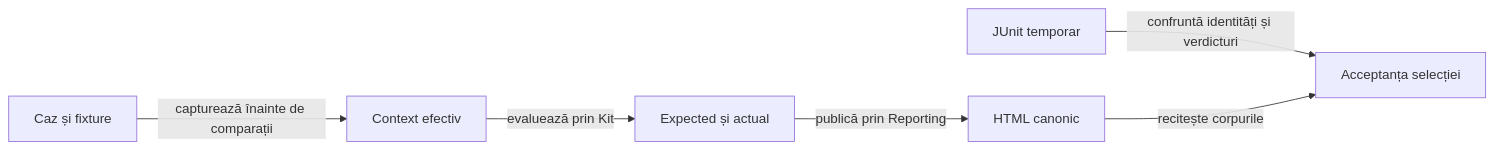
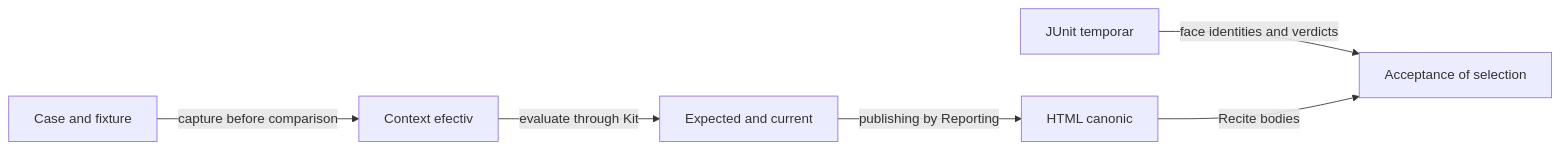
One commit to crististefanita/atf_j4 changed the diagram in whist-lab-app/test-audit/README.md. Above: the diagram before and after it, drawn with Mermaid. The commit also changed other lines of this file and 122 other files, not shown here.

````diff
--- a/whist-lab-app/test-audit/README.md
+++ b/whist-lab-app/test-audit/README.md
@@ -9,8 +9,8 @@
 ```mermaid
 flowchart LR
-    CASE[Caz și fixture] -->|capturează înainte de comparații| INPUT[Context efectiv]
-    INPUT -->|evaluează prin Kit| CHECK[Expected și actual]
-    CHECK -->|publică prin Reporting| HTML[HTML canonic]
-    XML[JUnit temporar] -->|confruntă identități și verdicturi| VERIFY[Acceptanța selecției]
-    HTML -->|recitește corpurile| VERIFY
+    CASE[Case and fixture] -->|capture before comparison| INPUT[Context efectiv]
+    INPUT -->|evaluate through Kit| CHECK[Expected and current]
+    CHECK -->|publishing by Reporting| HTML[HTML canonic]
+    XML[JUnit temporar] -->|face identities and verdicts| VERIFY[Acceptance of selection]
+    HTML -->|Recite bodies| VERIFY
 ```
````
